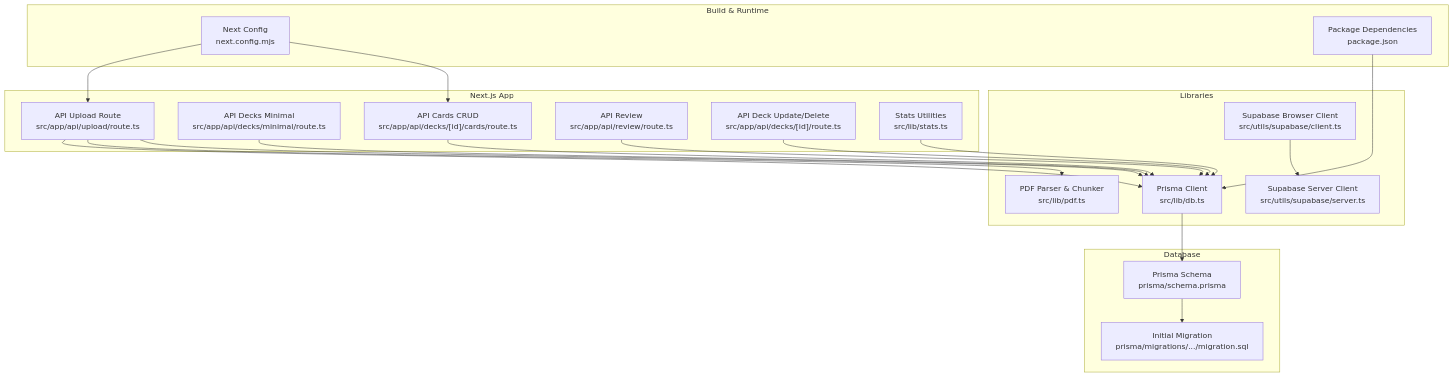
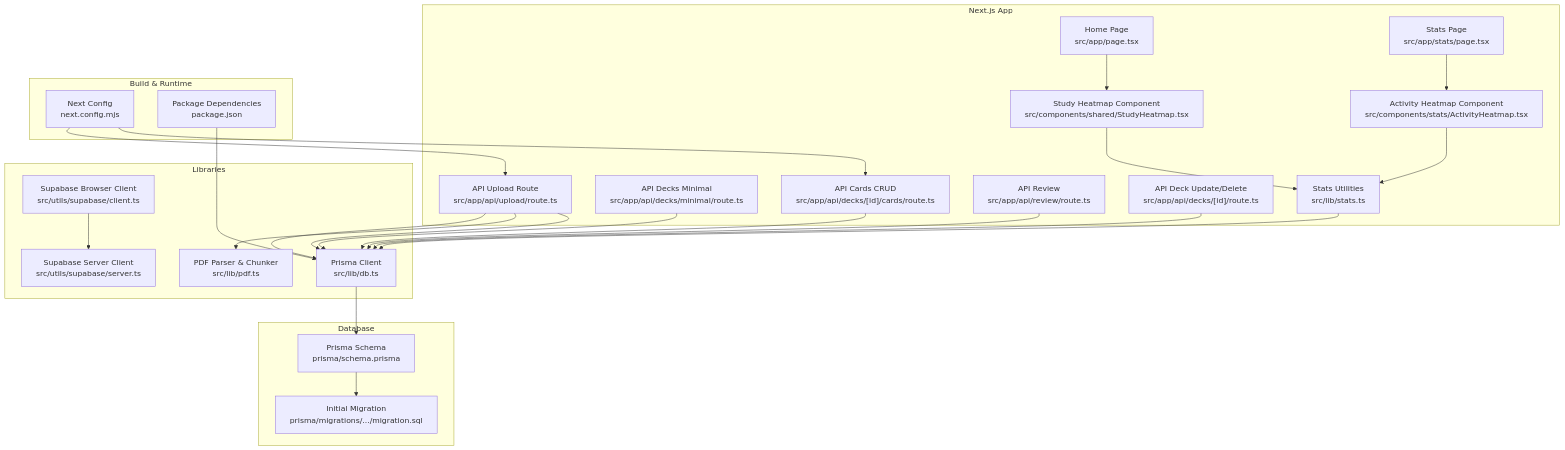
The first of 10 diagrams in .qoder/repowiki/en/content/Advanced Topics/Performance Optimization and Tuning.md (nitish-niraj/cumathassignment), drawn with Mermaid before and after one commit. The commit also changed other lines of this file and 11 other files, not shown here.

````diff
--- a/.qoder/repowiki/en/content/Advanced Topics/Performance Optimization and Tuning.md
+++ b/.qoder/repowiki/en/content/Advanced Topics/Performance Optimization and Tuning.md
@@ -39,39 +50,47 @@
 ```mermaid
 graph TB
 subgraph "Next.js App"
 APIUpload["API Upload Route<br/>src/app/api/upload/route.ts"]
 APIDecksMinimal["API Decks Minimal<br/>src/app/api/decks/minimal/route.ts"]
 APICards["API Cards CRUD<br/>src/app/api/decks/[id]/cards/route.ts"]
 APIReview["API Review<br/>src/app/api/review/route.ts"]
 APIDeck["API Deck Update/Delete<br/>src/app/api/decks/[id]/route.ts"]
 Stats["Stats Utilities<br/>src/lib/stats.ts"]
+StudyHeatmap["Study Heatmap Component<br/>src/components/shared/StudyHeatmap.tsx"]
+ActivityHeatmap["Activity Heatmap Component<br/>src/components/stats/ActivityHeatmap.tsx"]
+HomePage["Home Page<br/>src/app/page.tsx"]
+StatsPage["Stats Page<br/>src/app/stats/page.tsx"]
 end
 subgraph "Libraries"
 DB["Prisma Client<br/>src/lib/db.ts"]
 PDF["PDF Parser & Chunker<br/>src/lib/pdf.ts"]
 SupabaseClient["Supabase Browser Client<br/>src/utils/supabase/client.ts"]
 SupabaseServer["Supabase Server Client<br/>src/utils/supabase/server.ts"]
 end
 subgraph "Build & Runtime"
 NextConfig["Next Config<br/>next.config.mjs"]
 Package["Package Dependencies<br/>package.json"]
 end
 subgraph "Database"
 Schema["Prisma Schema<br/>prisma/schema.prisma"]
 Migration["Initial Migration<br/>prisma/migrations/.../migration.sql"]
 end
 APIUpload --> DB
 APIDecksMinimal --> DB
 APICards --> DB
 APIReview --> DB
 APIDeck --> DB
 Stats --> DB
 APIUpload --> PDF
 APIUpload --> DB
+StudyHeatmap --> Stats
+ActivityHeatmap --> Stats
+HomePage --> StudyHeatmap
+StatsPage --> ActivityHeatmap
 SupabaseClient --> SupabaseServer
 DB --> Schema
 Schema --> Migration
 NextConfig --> APIUpload
 NextConfig --> APICards
 Package --> DB
 ```
````
